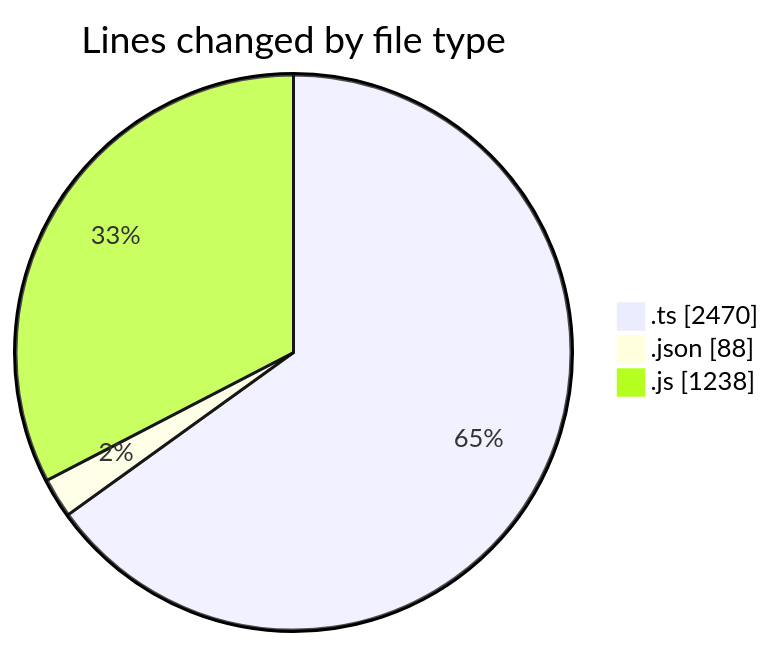
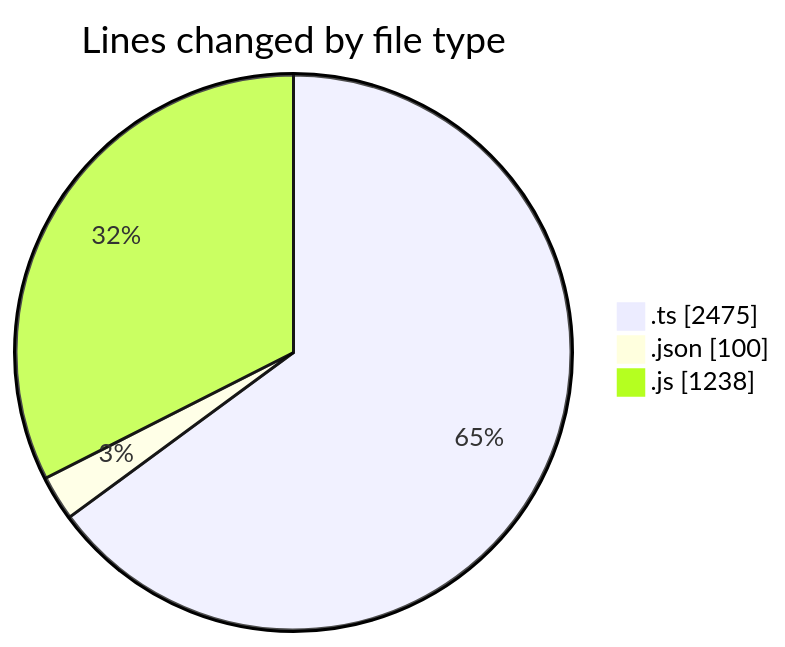
Before and after one commit to momahboobian/code-tracking: the first of 2 diagrams in 2025-07-30/cda/README.md, drawn with Mermaid. The commit also changed other lines of this file and 1 other file, not shown here.

````diff
--- a/2025-07-30/cda/README.md
+++ b/2025-07-30/cda/README.md
@@ -26,7 +26,7 @@
 ```mermaid
 pie showData
 title Lines changed by file type
-".ts" : 2470
-".json" : 88
+".ts" : 2475
+".json" : 100
 ".js" : 1238
 ```
````
